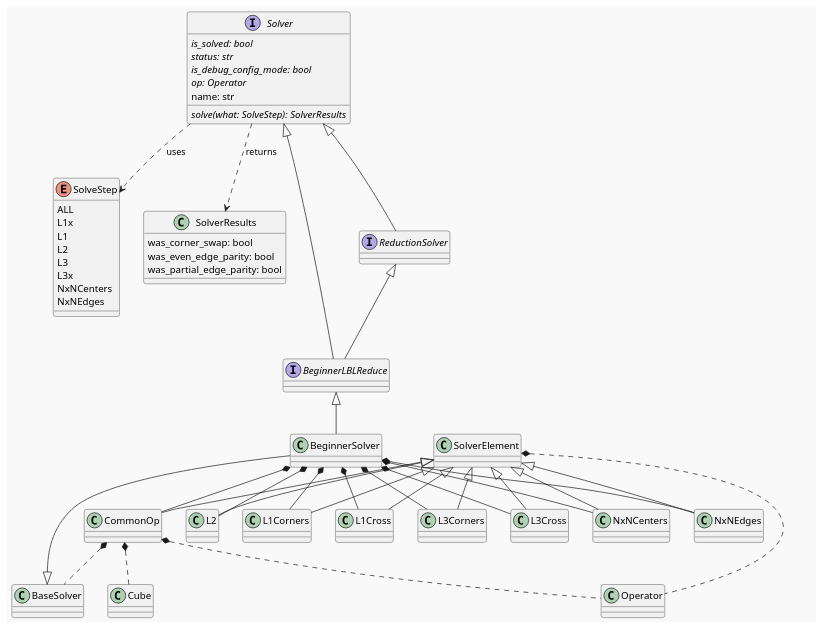
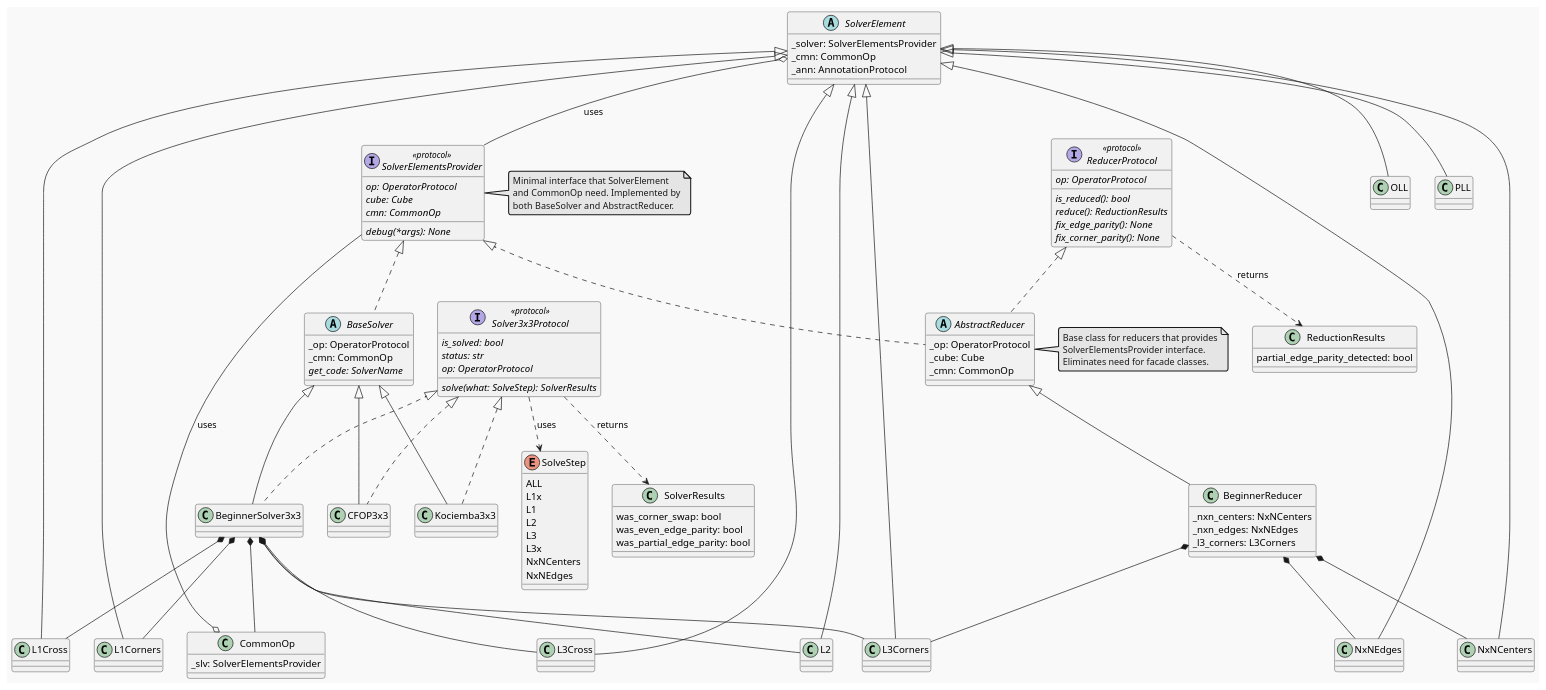
The diagram in readme_files/solver.puml (boaznahum/cubesolve), drawn with PlantUML before and after one commit. The commit also changed 20 other files, not shown here.

First line of the commit message:
Add SolverElementsProvider protocol and AbstractReducer

```diff
--- a/readme_files/solver.puml
+++ b/readme_files/solver.puml
@@ -1,74 +1,153 @@
 @startuml
 !theme mars
 
 'https://plantuml.com/class-diagram
 
 enum SolveStep {
     ALL
     L1x
     L1
     L2
     L3
     L3x
     NxNCenters
     NxNEdges
 }
 
 class SolverResults {
     was_corner_swap: bool
     was_even_edge_parity: bool
     was_partial_edge_parity: bool
 }
 
-interface Solver {
+class ReductionResults {
+    partial_edge_parity_detected: bool
+}
+
+' ============ PROTOCOLS ============
+
+interface SolverElementsProvider <<protocol>> {
+    {abstract} op: OperatorProtocol
+    {abstract} cube: Cube
+    {abstract} cmn: CommonOp
+    {abstract} debug(*args): None
+}
+
+interface ReducerProtocol <<protocol>> {
+    {abstract} op: OperatorProtocol
+    {abstract} is_reduced(): bool
+    {abstract} reduce(): ReductionResults
+    {abstract} fix_edge_parity(): None
+    {abstract} fix_corner_parity(): None
+}
+
+interface Solver3x3Protocol <<protocol>> {
     {abstract} solve(what: SolveStep): SolverResults
     {abstract} is_solved: bool
     {abstract} status: str
-    {abstract} is_debug_config_mode: bool
-    {abstract} op: Operator
-    name: str
+    {abstract} op: OperatorProtocol
 }
 
-interface ReductionSolver
-interface BeginnerLBLReduce
+' ============ SOLVERS ============
 
-Solver ..> SolveStep : uses
-Solver ..> SolverResults : returns
+abstract class BaseSolver {
+    _op: OperatorProtocol
+    _cmn: CommonOp
+    {abstract} get_code: SolverName
+}
 
-Solver <|-- ReductionSolver
+class BeginnerSolver3x3
+class CFOP3x3
+class Kociemba3x3
 
+' BaseSolver implements SolverElementsProvider
+SolverElementsProvider <|.. BaseSolver
 
+' Solvers extend BaseSolver
+BaseSolver <|-- BeginnerSolver3x3
+BaseSolver <|-- CFOP3x3
+BaseSolver <|-- Kociemba3x3
 
+Solver3x3Protocol <|.. BeginnerSolver3x3
+Solver3x3Protocol <|.. CFOP3x3
+Solver3x3Protocol <|.. Kociemba3x3
 
-Solver <|-- BeginnerLBLReduce
-ReductionSolver <|-- BeginnerLBLReduce
+Solver3x3Protocol ..> SolveStep : uses
+Solver3x3Protocol ..> SolverResults : returns
 
-class BeginnerSolver
+' ============ REDUCERS ============
 
-BeginnerLBLReduce <|-- BeginnerSolver
-BaseSolver <|-- BeginnerSolver
+abstract class AbstractReducer {
+    _op: OperatorProtocol
+    _cube: Cube
+    _cmn: CommonOp
+}
 
-CommonOp *.. Operator
-CommonOp *.. BaseSolver
-CommonOp *.. Cube
+class BeginnerReducer {
+    _nxn_centers: NxNCenters
+    _nxn_edges: NxNEdges
+    _l3_corners: L3Corners
+}
 
-SolverElement *.. Operator
+' AbstractReducer implements both protocols
+SolverElementsProvider <|.. AbstractReducer
+ReducerProtocol <|.. AbstractReducer
 
-SolverElement <|-- CommonOp
+' BeginnerReducer extends AbstractReducer
+AbstractReducer <|-- BeginnerReducer
+
+ReducerProtocol ..> ReductionResults : returns
+
+' ============ SOLVER ELEMENTS ============
+
+abstract class SolverElement {
+    _solver: SolverElementsProvider
+    _cmn: CommonOp
+    _ann: AnnotationProtocol
+}
+
+' SolverElement uses SolverElementsProvider (composition)
+SolverElement o-- SolverElementsProvider : uses
+
+class CommonOp {
+    _slv: SolverElementsProvider
+}
+
+CommonOp o-- SolverElementsProvider : uses
+
 SolverElement <|-- L1Cross
 SolverElement <|-- L1Corners
 SolverElement <|-- L2
 SolverElement <|-- L3Cross
 SolverElement <|-- L3Corners
 SolverElement <|-- NxNCenters
 SolverElement <|-- NxNEdges
+SolverElement <|-- OLL
+SolverElement <|-- PLL
 
-BeginnerSolver *-- CommonOp
-BeginnerSolver *-- L1Cross
-BeginnerSolver *-- L1Corners
-BeginnerSolver *-- L2
-BeginnerSolver *-- L3Cross
-BeginnerSolver *-- L3Corners
-BeginnerSolver *-- NxNCenters
-BeginnerSolver *-- NxNEdges
+' ============ COMPOSITION ============
+
+BeginnerSolver3x3 *-- CommonOp
+BeginnerSolver3x3 *-- L1Cross
+BeginnerSolver3x3 *-- L1Corners
+BeginnerSolver3x3 *-- L2
+BeginnerSolver3x3 *-- L3Cross
+BeginnerSolver3x3 *-- L3Corners
+
+BeginnerReducer *-- NxNCenters
+BeginnerReducer *-- NxNEdges
+BeginnerReducer *-- L3Corners
+
+note right of SolverElementsProvider
+  Minimal interface that SolverElement
+  and CommonOp need. Implemented by
+  both BaseSolver and AbstractReducer.
+end note
+
+note right of AbstractReducer
+  Base class for reducers that provides
+  SolverElementsProvider interface.
+  Eliminates need for facade classes.
+end note
+
 @enduml
```
